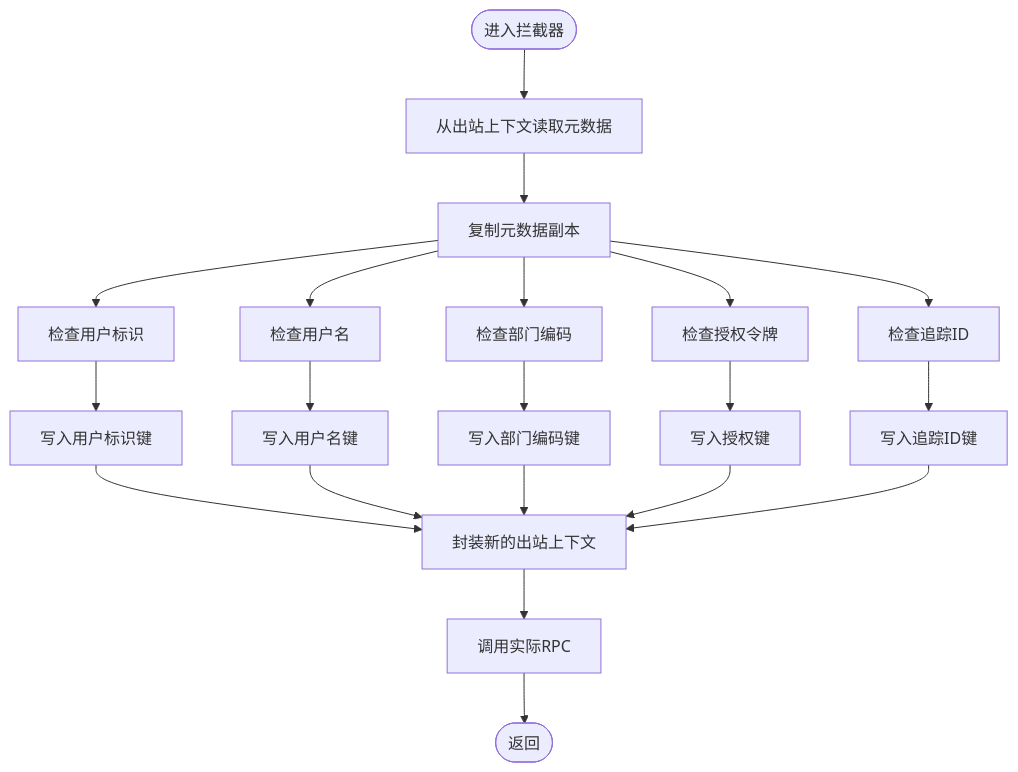
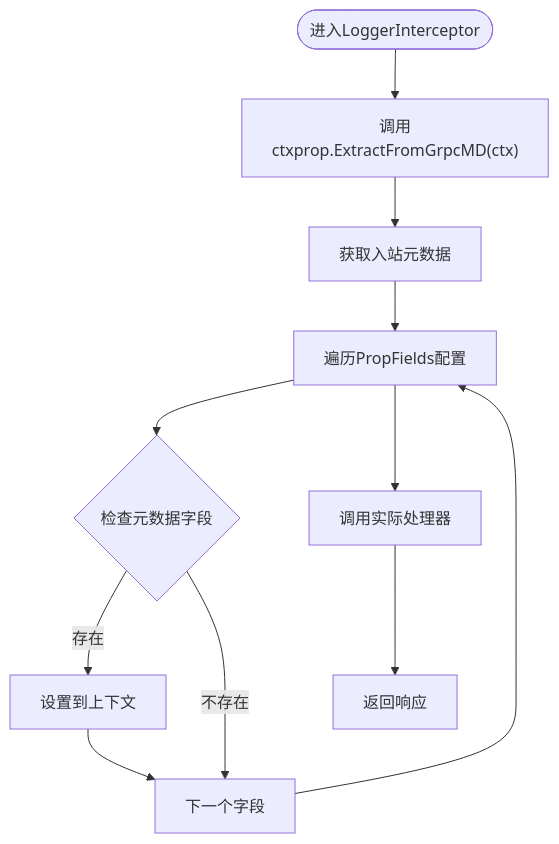
The third of 6 diagrams in .qoder/repowiki/zh/content/系统架构设计/服务通信机制/gRPC高性能RPC通信/gRPC拦截器实现.md (maomao94/zero-service), drawn with Mermaid before and after one commit. The commit also changed other lines of this file and 19 other files, not shown here.

````diff
--- a/.qoder/repowiki/zh/content/系统架构设计/服务通信机制/gRPC高性能RPC通信/gRPC拦截器实现.md
+++ b/.qoder/repowiki/zh/content/系统架构设计/服务通信机制/gRPC高性能RPC通信/gRPC拦截器实现.md
@@ -128,22 +170,13 @@
 ```mermaid
 flowchart TD
-Start(["进入拦截器"]) --> Read["从出站上下文读取元数据"]
-Read --> Copy["复制元数据副本"]
-Copy --> CheckUser["检查用户标识"]
-Copy --> CheckName["检查用户名"]
-Copy --> CheckDept["检查部门编码"]
-Copy --> CheckAuth["检查授权令牌"]
-Copy --> CheckTrace["检查追踪ID"]
-CheckUser --> SetUser["写入用户标识键"]
-CheckName --> SetName["写入用户名键"]
-CheckDept --> SetDept["写入部门编码键"]
-CheckAuth --> SetAuth["写入授权键"]
-CheckTrace --> SetTrace["写入追踪ID键"]
-SetUser --> Wrap["封装新的出站上下文"]
-SetName --> Wrap
-SetDept --> Wrap
-SetAuth --> Wrap
-SetTrace --> Wrap
-Wrap --> Invoke["调用实际RPC"]
-Invoke --> End(["返回"])
+Start(["进入LoggerInterceptor"]) --> Extract["调用ctxprop.ExtractFromGrpcMD(ctx)"]
+Extract --> MD["获取入站元数据"]
+MD --> Loop["遍历PropFields配置"]
+Loop --> Check{"检查元数据字段"}
+Check --> |存在| SetValue["设置到上下文"]
+Check --> |不存在| Next["下一个字段"]
+SetValue --> Next
+Next --> Loop
+Loop --> Handler["调用实际处理器"]
+Handler --> Return["返回响应"]
 ```
````
